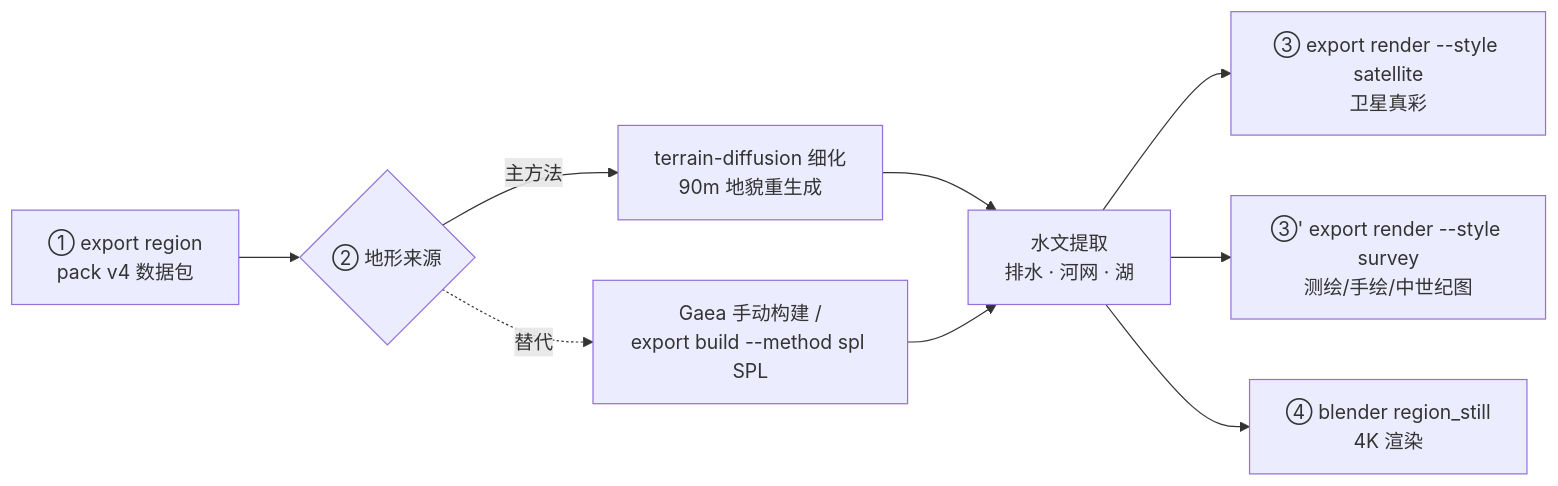
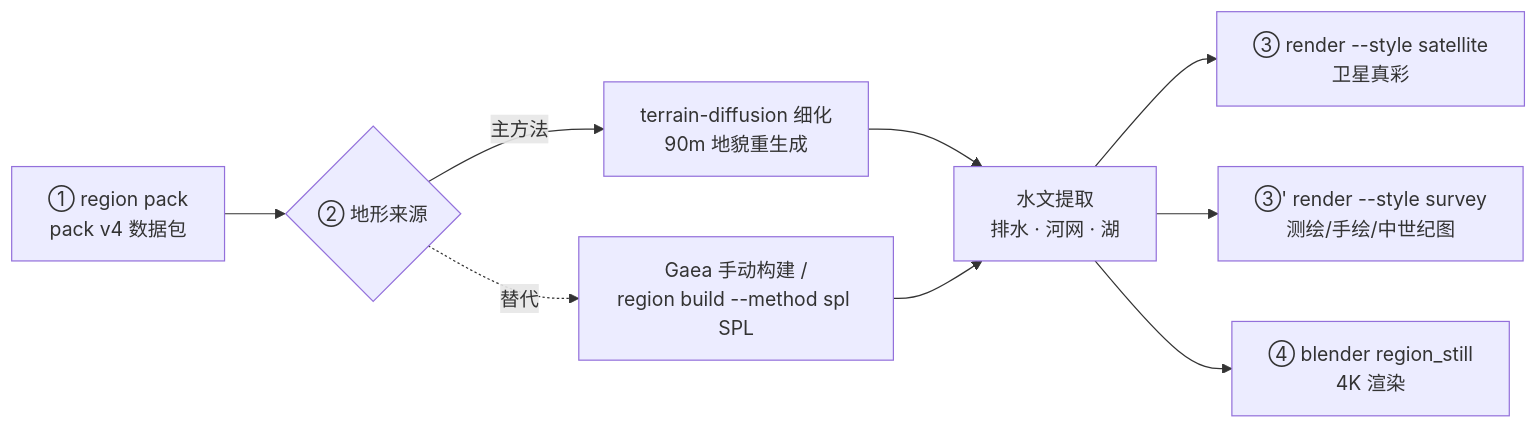
Before and after one commit to fyabc/dreamulator: the diagram in docs/usage/terrain-chain.md, drawn with Mermaid. The commit also changed other lines of this file and 41 other files, not shown here.

````diff
--- a/docs/usage/terrain-chain.md
+++ b/docs/usage/terrain-chain.md
@@ -46,11 +46,11 @@
 ```mermaid
 flowchart LR
-    A[① export region<br/>pack v4 数据包] --> B{② 地形来源}
+    A[① region pack<br/>pack v4 数据包] --> B{② 地形来源}
     B -->|主方法| C[terrain-diffusion 细化<br/>90m 地貌重生成]
-    B -.->|替代| D[Gaea 手动构建 /<br/>export build --method spl SPL]
+    B -.->|替代| D[Gaea 手动构建 /<br/>region build --method spl SPL]
     C --> E[水文提取<br/>排水 · 河网 · 湖]
     D --> E
-    E --> F[③ export render --style satellite<br/>卫星真彩]
-    E --> G[③' export render --style survey<br/>测绘/手绘/中世纪图]
+    E --> F[③ render --style satellite<br/>卫星真彩]
+    E --> G[③' render --style survey<br/>测绘/手绘/中世纪图]
     E --> H[④ blender region_still<br/>4K 渲染]
 ```
````
